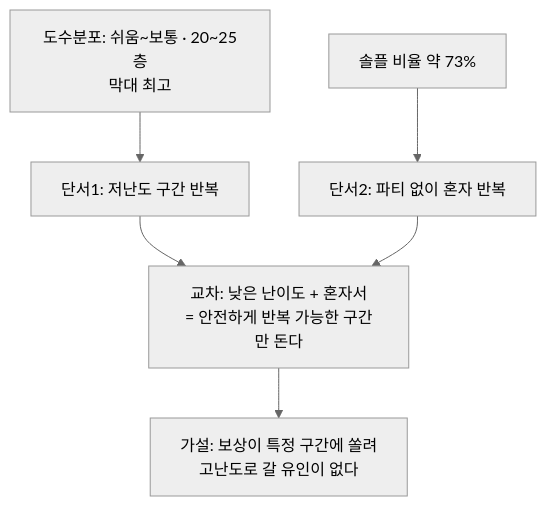
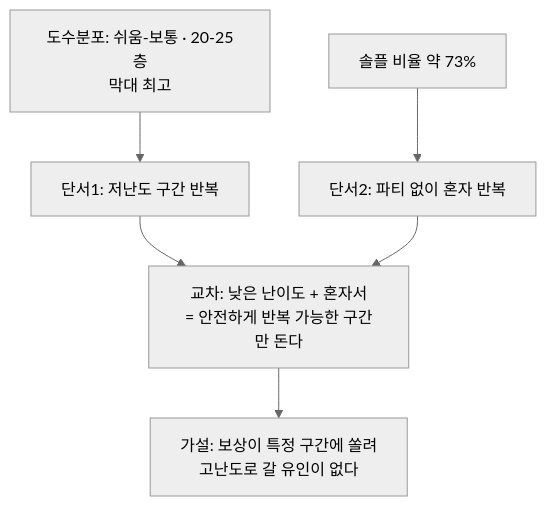
The third of 3 diagrams in content/blog/frequency-distribution-game-balance-diagnosis.md (DBhyeong/DBhyeong.github.io), drawn with Mermaid (neutral theme) before and after one commit. The commit also changed other lines of this file and 6 other files, not shown here.

First line of the commit message:
fix(mermaid): 라벨 내 물결 2개가 취소선으로 파싱되는 버그 수정

````diff
--- a/content/blog/frequency-distribution-game-balance-diagnosis.md
+++ b/content/blog/frequency-distribution-game-balance-diagnosis.md
@@ -91,8 +91,8 @@
 ```mermaid
 flowchart TD
-  X["도수분포: 쉬움~보통 · 20~25층<br/>막대 최고"] --> Y["단서1: 저난도 구간 반복"]
+  X["도수분포: 쉬움-보통 · 20-25층<br/>막대 최고"] --> Y["단서1: 저난도 구간 반복"]
   Z["솔플 비율 약 73%"] --> W["단서2: 파티 없이 혼자 반복"]
   Y --> V["교차: 낮은 난이도 + 혼자서<br/>= 안전하게 반복 가능한 구간만 돈다"]
   W --> V
   V --> U["가설: 보상이 특정 구간에 쏠려<br/>고난도로 갈 유인이 없다"]
 ```
````
